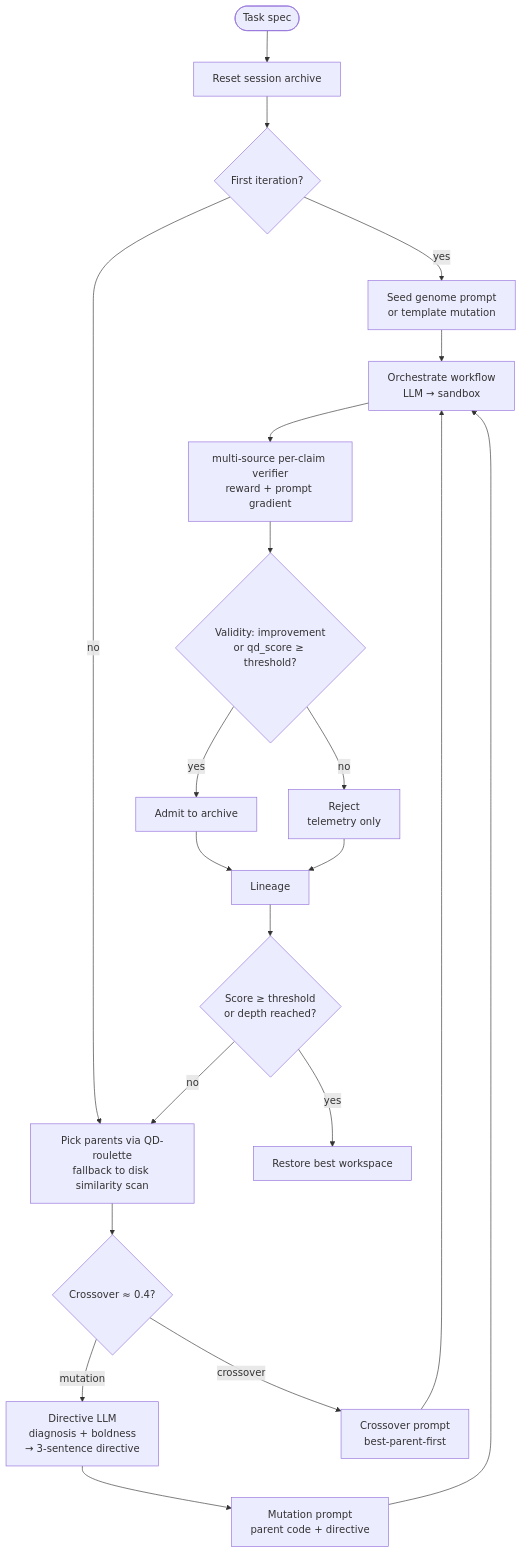
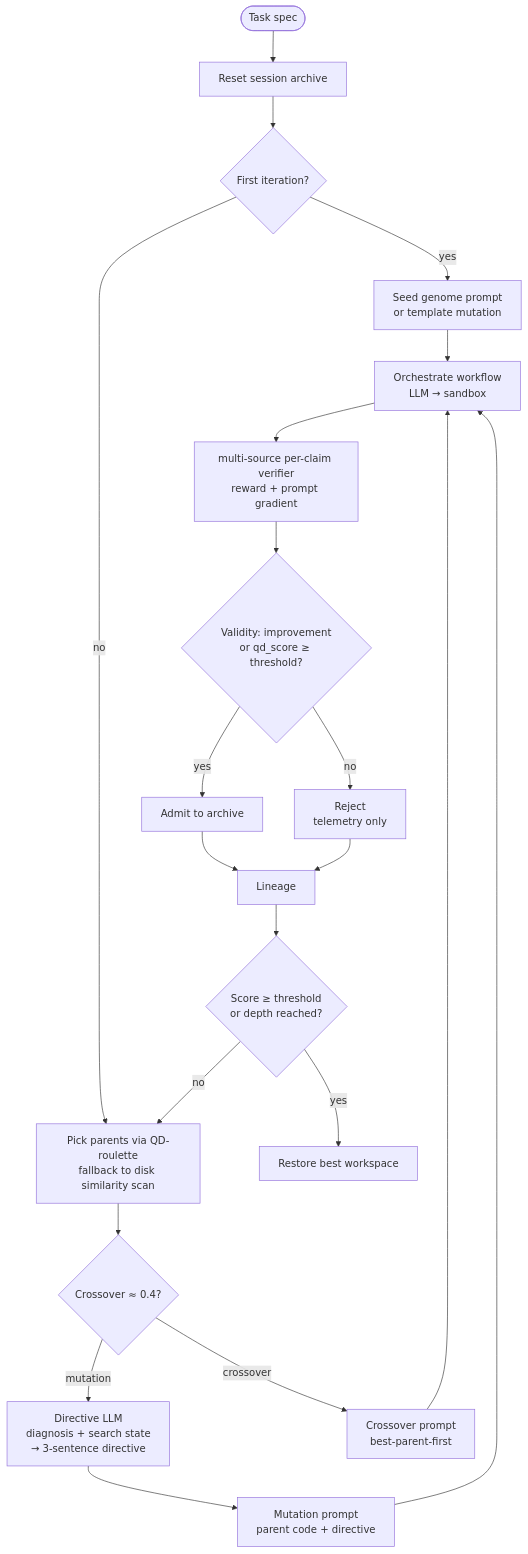
The diagram in docs/concepts/evolution-engine.md (HolobiomicsLab/Mimosa-AI), drawn with Mermaid before and after one commit. The commit also changed other lines of this file and 11 other files, not shown here.

````diff
--- a/docs/concepts/evolution-engine.md
+++ b/docs/concepts/evolution-engine.md
@@ -13,23 +13,23 @@
 ```mermaid
 flowchart TB
     Start([Task spec]) --> Reset[Reset session archive]
     Reset --> Seed{First iteration?}
     Seed -- yes --> SeedPrompt[Seed genome prompt<br/>or template mutation]
     Seed -- no --> Pick[Pick parents via QD-roulette<br/>fallback to disk similarity scan]
     SeedPrompt --> Orch[Orchestrate workflow<br/>LLM → sandbox]
     Pick --> Decide{Crossover ≈ 0.4?}
-    Decide -- mutation --> Think[Directive LLM<br/>diagnosis + boldness<br/>→ 3-sentence directive]
+    Decide -- mutation --> Think[Directive LLM<br/>diagnosis + search state<br/>→ 3-sentence directive]
     Decide -- crossover --> Cross[Crossover prompt<br/>best-parent-first]
     Think --> Mut[Mutation prompt<br/>parent code + directive]
     Mut --> Orch
     Cross --> Orch
     Orch --> Eval[multi-source per-claim verifier<br/>reward + prompt gradient]
     Eval --> Admit{Validity: improvement<br/>or qd_score ≥ threshold?}
     Admit -- yes --> Archive[Admit to archive]
     Admit -- no --> Reject[Reject<br/>telemetry only]
     Archive --> Lin[Lineage]
     Reject --> Lin
     Lin --> Stop{Score ≥ threshold<br/>or depth reached?}
     Stop -- no --> Pick
     Stop -- yes --> Restore[Restore best workspace]
 ```
````
